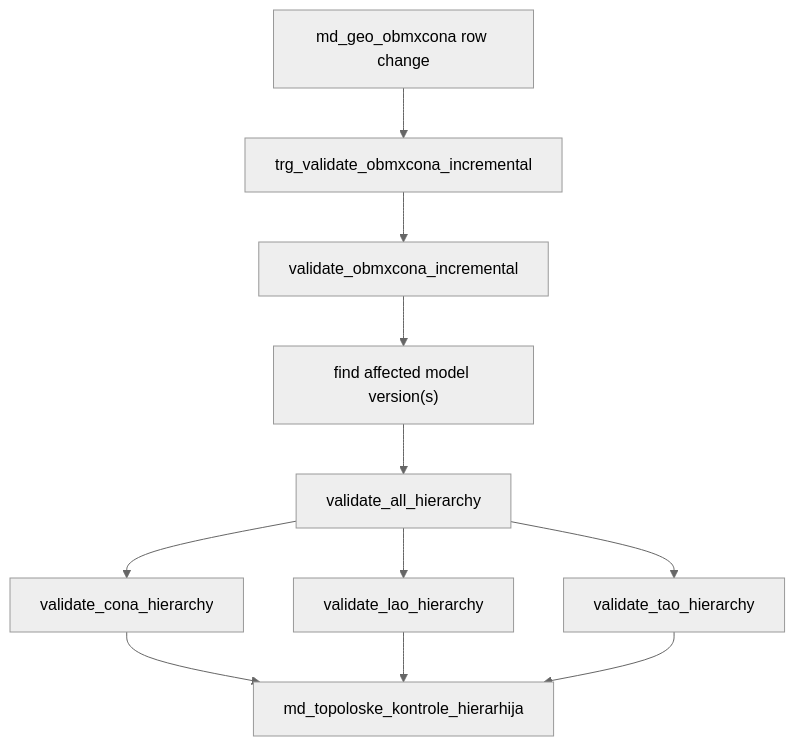
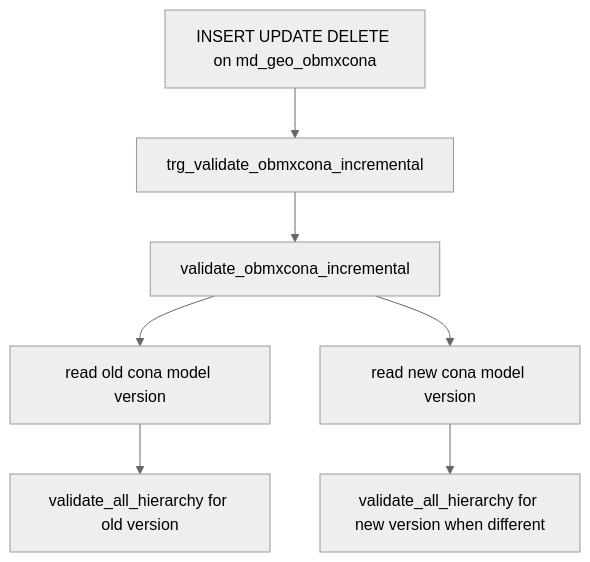
One commit to MatevzVidovic/GeomIntegrity changed the third of 8 diagrams in docs.md. Above: the diagram before and after it, drawn with Mermaid (neutral theme). The commit also changed other lines of this file and 7 other files, not shown here.

````diff
--- a/docs.md
+++ b/docs.md
@@ -7,13 +69,17 @@
 ```mermaid
 flowchart TD
-    A["md_geo_obmxcona row change"] --> B["trg_validate_obmxcona_incremental"]
-    B --> C["validate_obmxcona_incremental"]
-    C --> D["find affected model version(s)"]
-    D --> E["validate_all_hierarchy"]
-    E --> F["validate_cona_hierarchy"]
-    E --> G["validate_lao_hierarchy"]
-    E --> H["validate_tao_hierarchy"]
-    F --> I["md_topoloske_kontrole_hierarhija"]
-    G --> I
-    H --> I
+    A["INSERT UPDATE DELETE on md_geo_obmxcona"]
+    B["trg_validate_obmxcona_incremental"]
+    C["validate_obmxcona_incremental"]
+    D["read old cona model version"]
+    E["read new cona model version"]
+    F["validate_all_hierarchy for old version"]
+    G["validate_all_hierarchy for new version when different"]
+
+    A --> B
+    B --> C
+    C --> D
+    C --> E
+    D --> F
+    E --> G
 ```
````
